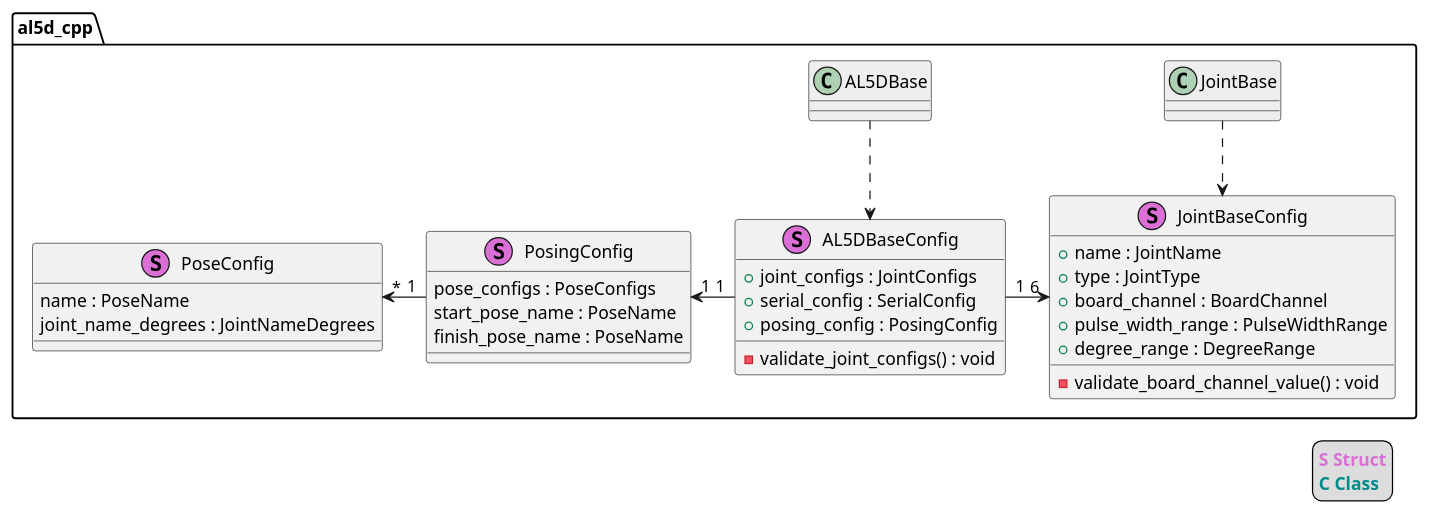
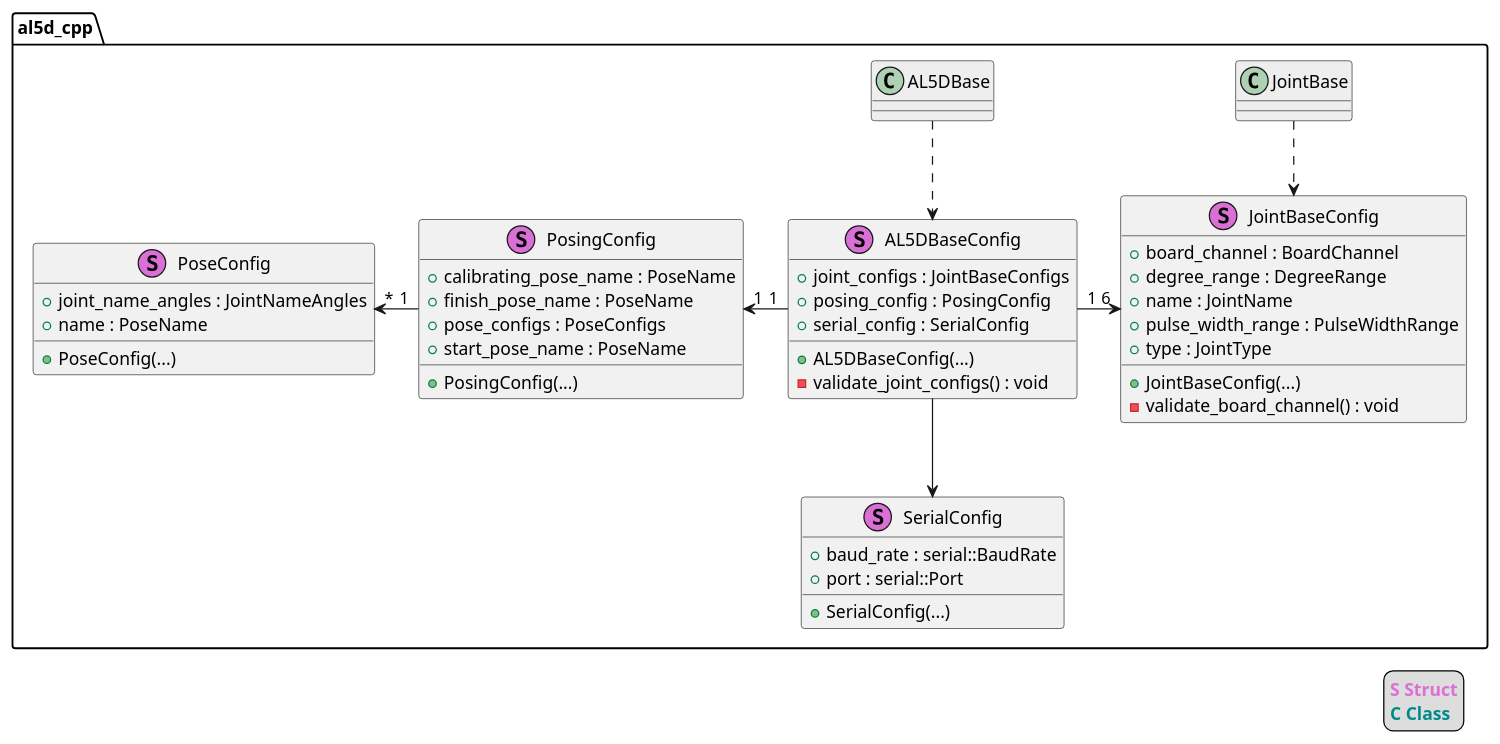
The diagram in doc/class_design_configs.puml (bscp/al5d_cpp), drawn with PlantUML before and after one commit. The commit also changed 7 other files, not shown here.

Commit message:
Update UML diagrams

```diff
--- a/doc/class_design_configs.puml
+++ b/doc/class_design_configs.puml
@@ -1,47 +1,59 @@
 @startuml
 
 namespace al5d_cpp {
 
     class AL5DBase #eee
     class JointBase #eee
 
     class AL5DBaseConfig <<(S,Orchid)>> {
-        + joint_configs : JointConfigs
-        + serial_config : SerialConfig
-        + posing_config : PosingConfig
-        - validate_joint_configs() : void
-    }
+		+ AL5DBaseConfig(...)
+		+ joint_configs : JointBaseConfigs
+		+ posing_config : PosingConfig
+		+ serial_config : SerialConfig
+		- validate_joint_configs() : void
+	}
 
     class JointBaseConfig <<(S,Orchid)>> {
-        + name : JointName
-        + type : JointType
-        + board_channel : BoardChannel
-        + pulse_width_range : PulseWidthRange
-        + degree_range : DegreeRange
-        - validate_board_channel_value() : void
-    }
+		+ JointBaseConfig(...)
+		+ board_channel : BoardChannel
+		+ degree_range : DegreeRange
+		+ name : JointName
+		+ pulse_width_range : PulseWidthRange
+		+ type : JointType
+		- validate_board_channel() : void
+	}
+
+    class PosingConfig <<(S,Orchid)>> {
+		+ PosingConfig(...)
+		+ calibrating_pose_name : PoseName
+		+ finish_pose_name : PoseName
+		+ pose_configs : PoseConfigs
+		+ start_pose_name : PoseName
+	}
 
     class PoseConfig <<(S,Orchid)>> {
-        name : PoseName
-        joint_name_degrees : JointNameDegrees
-    }
+		+ PoseConfig(...)
+		+ joint_name_angles : JointNameAngles
+		+ name : PoseName
+	}
 
-    class PosingConfig <<(S,Orchid)>> {
-        pose_configs : PoseConfigs
-        start_pose_name : PoseName
-        finish_pose_name : PoseName
-    }
+    class SerialConfig <<(S,Orchid)>> {
+		+ SerialConfig(...)
+		+ baud_rate : serial::BaudRate
+		+ port : serial::Port
+	}
 
     AL5DBase ..> AL5DBaseConfig
+    AL5DBaseConfig --> SerialConfig
     JointBase ..> JointBaseConfig
     AL5DBaseConfig "1" -> "6" JointBaseConfig
     PosingConfig "1" <- "1" AL5DBaseConfig
     PoseConfig "*" <- "1" PosingConfig
 }
 
 legend right
   <b><color:Orchid>S Struct</color></b>
   <b><color:DarkCyan>C Class</color></b>
 endlegend
 
 @enduml
```
